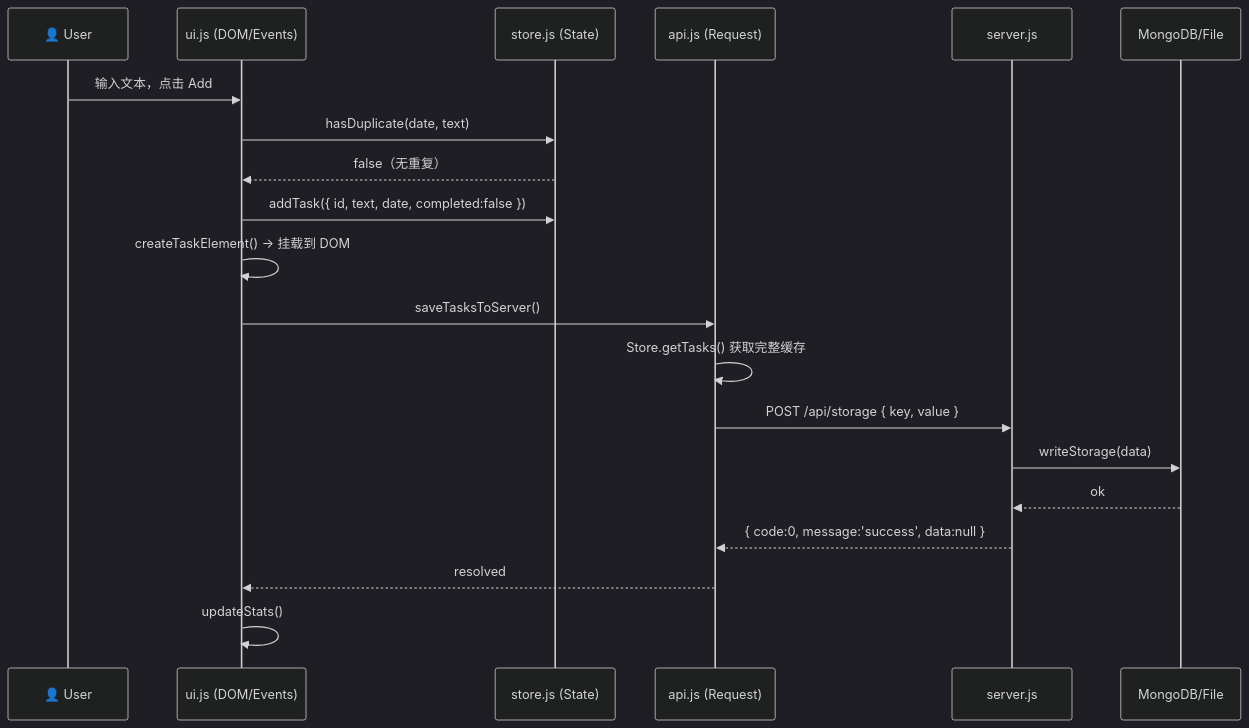
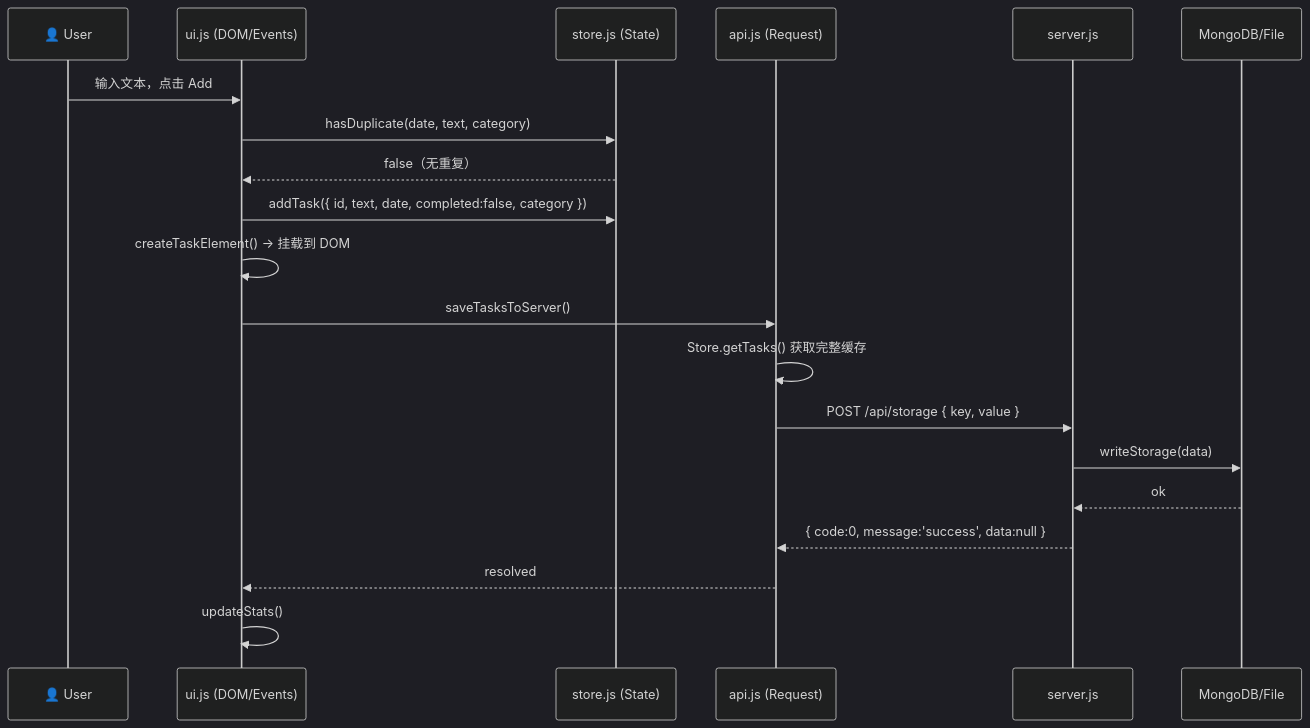
The second of 2 diagrams in ARCHITECTURE.md (echo-mo/Done_List), drawn with Mermaid (dark theme) before and after one commit. The commit also changed other lines of this file and 13 other files, not shown here.

````diff
--- a/ARCHITECTURE.md
+++ b/ARCHITECTURE.md
@@ -44,23 +49,23 @@
 ```mermaid
 sequenceDiagram
     participant U as 👤 User
     participant UI as ui.js (DOM/Events)
     participant Store as store.js (State)
     participant API as api.js (Request)
     participant BE as server.js
     participant DB as MongoDB/File
 
     U->>UI: 输入文本，点击 Add
-    UI->>Store: hasDuplicate(date, text)
+    UI->>Store: hasDuplicate(date, text, category)
     Store-->>UI: false（无重复）
-    UI->>Store: addTask({ id, text, date, completed:false })
+    UI->>Store: addTask({ id, text, date, completed:false, category })
     UI->>UI: createTaskElement() → 挂载到 DOM
     UI->>API: saveTasksToServer()
     API->>API: Store.getTasks() 获取完整缓存
     API->>BE: POST /api/storage { key, value }
     BE->>DB: writeStorage(data)
     DB-->>BE: ok
     BE-->>API: { code:0, message:'success', data:null }
     API-->>UI: resolved
     UI->>UI: updateStats()
 ```
````
